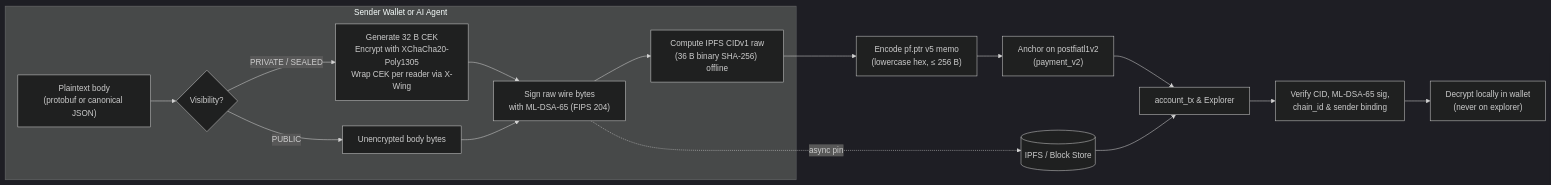
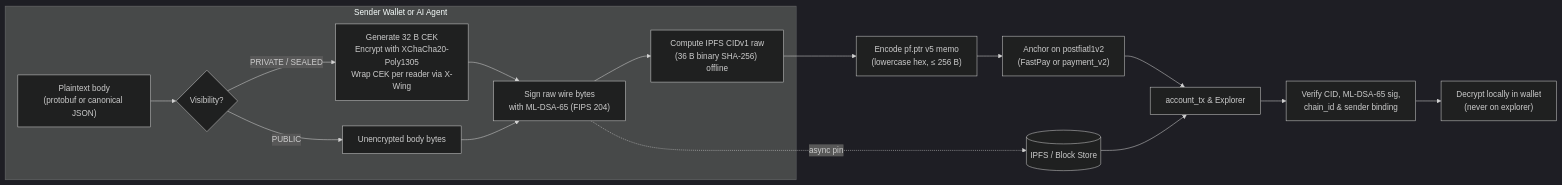
Before and after one commit to postfiatorg/postfiatorg.github.io: the diagram in content/blog/post-quantum-messaging-fastpay-x402.md, drawn with Mermaid (dark theme). The commit also changed other lines of this file, not shown here.

````diff
--- a/content/blog/post-quantum-messaging-fastpay-x402.md
+++ b/content/blog/post-quantum-messaging-fastpay-x402.md
@@ -48,18 +42,18 @@
 ```mermaid
 flowchart LR
     subgraph Client["Sender Wallet or AI Agent"]
       A["Plaintext body<br/>(protobuf or canonical JSON)"] --> B{"Visibility?"}
       B -- "PRIVATE / SEALED" --> C["Generate 32 B CEK<br/>Encrypt with XChaCha20-Poly1305<br/>Wrap CEK per reader via X-Wing"]
       B -- "PUBLIC" --> D["Unencrypted body bytes"]
       C --> E["Sign raw wire bytes<br/>with ML-DSA-65 (FIPS 204)"]
       D --> E
       E --> F["Compute IPFS CIDv1 raw<br/>(36 B binary SHA-256) offline"]
     end
     F --> G["Encode pf.ptr v5 memo<br/>(lowercase hex, &le; 256 B)"]
-    G --> H["Anchor on postfiatl1v2<br/>(payment_v2)"]
+    G --> H["Anchor on postfiatl1v2<br/>(FastPay or payment_v2)"]
     E -. "async pin" .-> P[("IPFS / Block Store")]
     H --> I["account_tx &amp; Explorer"]
     P --> I
     I --> J["Verify CID, ML-DSA-65 sig,<br/>chain_id &amp; sender binding"]
     J --> K["Decrypt locally in wallet<br/>(never on explorer)"]
 ```
````
